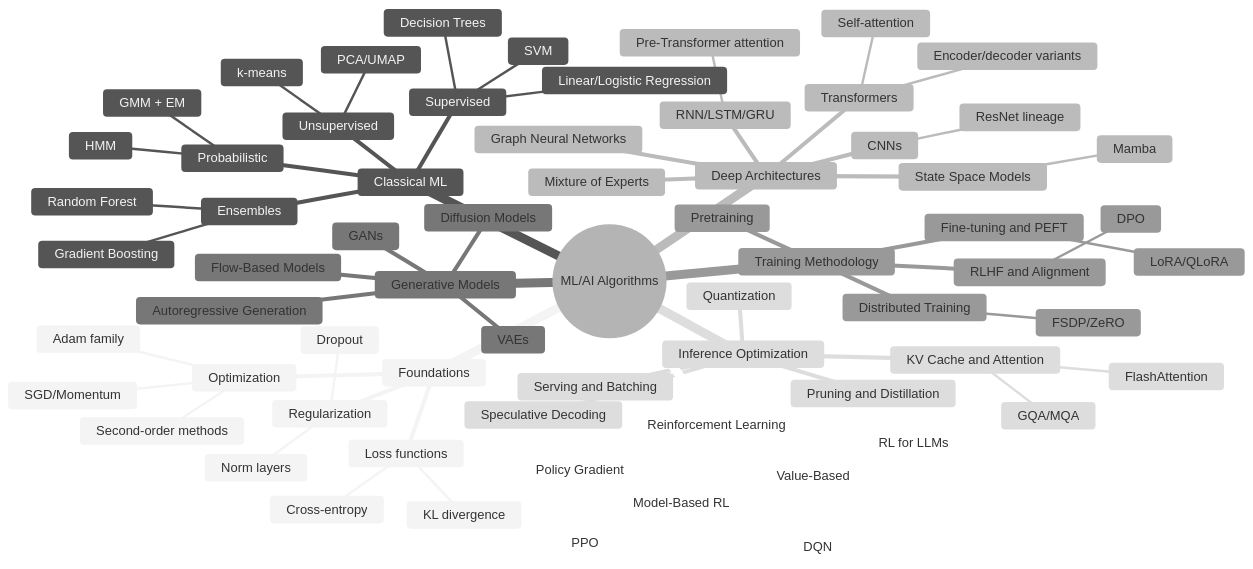
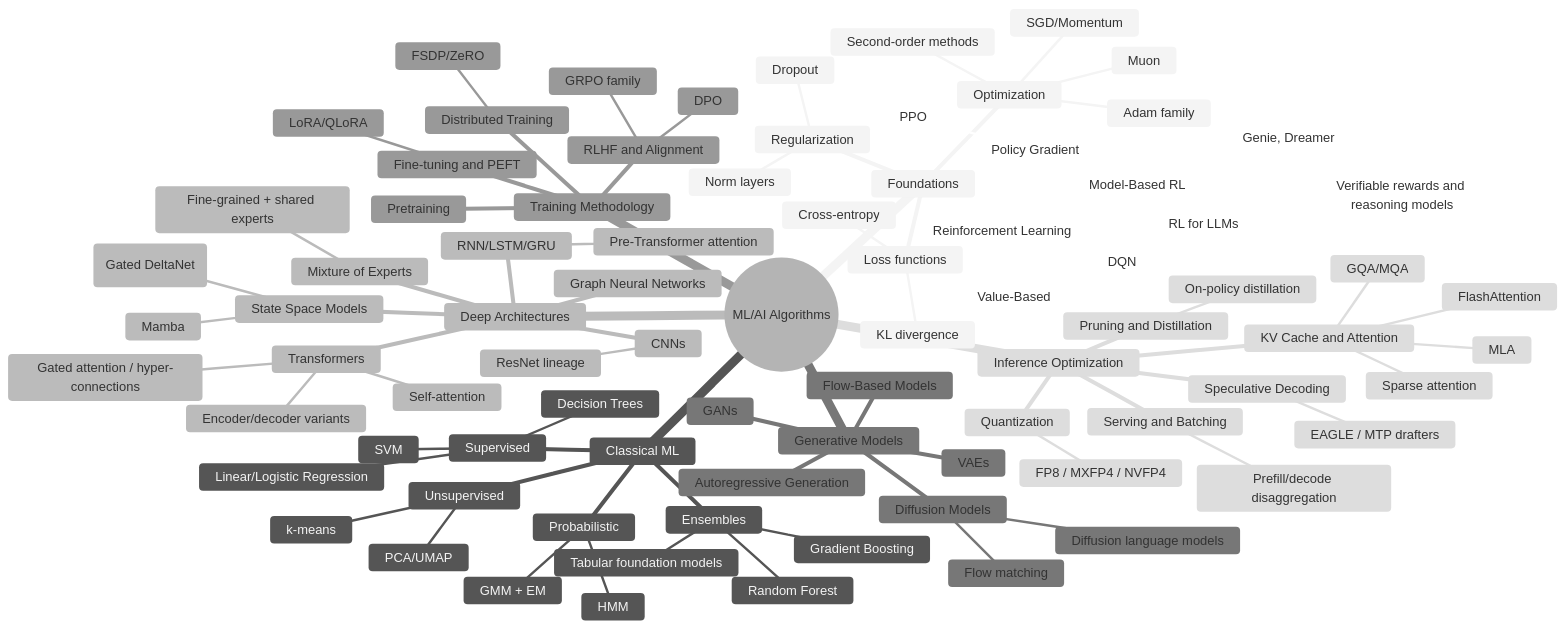
The diagram in docs/00-overview/taxonomy-map.md (FrankHuang94/ML_AI_Algorithm_Calude_Sonet_5), drawn with Mermaid (neutral theme) before and after one commit. The commit also changed other lines of this file and 11 other files, not shown here.

First line of the commit message:
v3 currency update (part 1): 2023-present timeline, comparison tables, taxonomy, README through Nov 2026 (EN + ZH)

````diff
--- a/docs/00-overview/taxonomy-map.md
+++ b/docs/00-overview/taxonomy-map.md
@@ -13,6 +13,7 @@
       Optimization
         SGD/Momentum
         Adam family
+        Muon
         Second-order methods
       Regularization
         Dropout
@@ -28,6 +29,7 @@
       Ensembles
         Random Forest
         Gradient Boosting
+        Tabular foundation models
       Unsupervised
         k-means
         PCA/UMAP
@@ -42,14 +44,19 @@
       Transformers
         Self-attention
         Encoder/decoder variants
+        Gated attention / hyper-connections
       Mixture of Experts
+        Fine-grained + shared experts
       State Space Models
         Mamba
+        Hybrid linear attention (Gated DeltaNet)
       Graph Neural Networks
     Generative Models
       GANs
       VAEs
       Diffusion Models
+        Flow matching
+        Diffusion language models
       Autoregressive Generation
       Flow-Based Models
     Training Methodology
@@ -58,21 +65,30 @@
         LoRA/QLoRA
       RLHF and Alignment
         DPO
+        GRPO family
       Distributed Training
         FSDP/ZeRO
     Inference Optimization
       Quantization
+        FP8 / MXFP4 / NVFP4
       Pruning and Distillation
+        On-policy distillation
       KV Cache and Attention
         FlashAttention
         GQA/MQA
+        MLA
+        Sparse attention
       Speculative Decoding
+        EAGLE / MTP drafters
       Serving and Batching
+        Prefill/decode disaggregation
     Reinforcement Learning
       Value-Based
         DQN
       Policy Gradient
         PPO
       Model-Based RL
+        World models (Genie, Dreamer)
       RL for LLMs
+        Verifiable rewards and reasoning models
 ```
````
